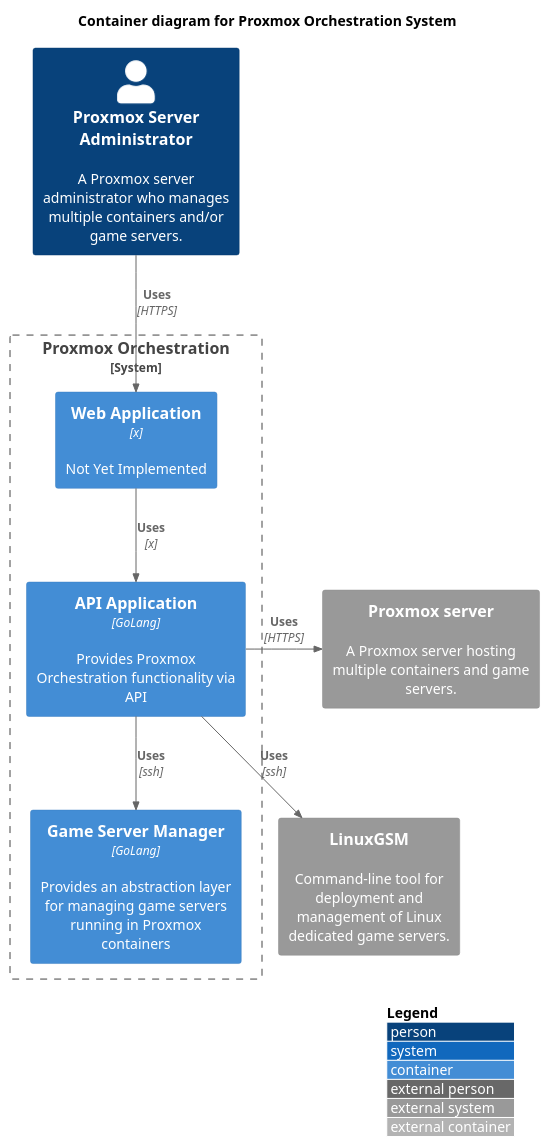
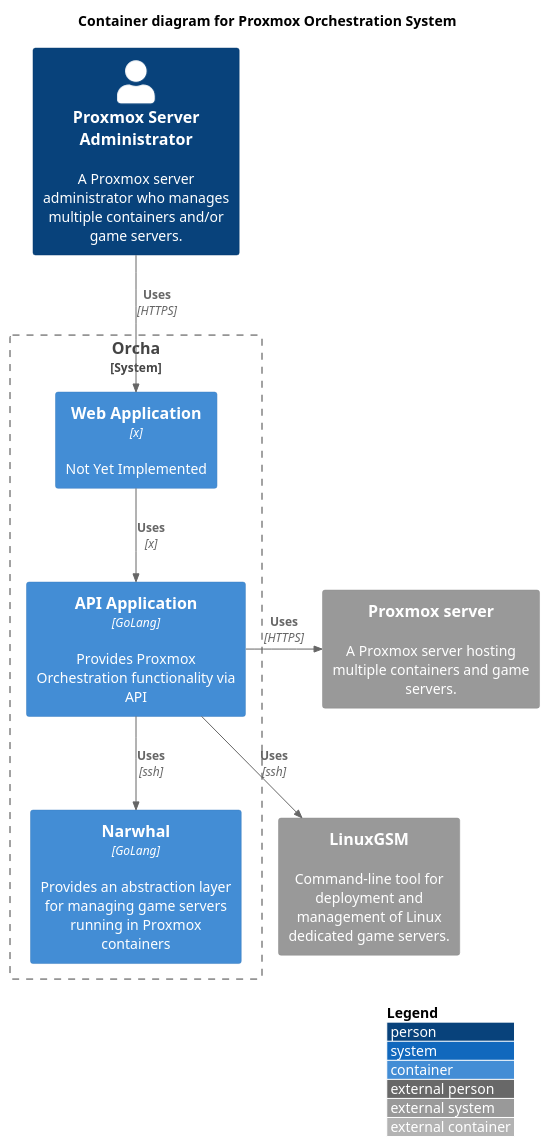
The diagram in docs/architecture/c2-container.puml (BrunoBiz/Go-PM-API), drawn with PlantUML before and after one commit. The commit also changed 15 other files, not shown here.

```diff
--- a/docs/architecture/c2-container.puml
+++ b/docs/architecture/c2-container.puml
@@ -1,24 +1,24 @@
 @startuml c2
 !include https://raw.githubusercontent.com/plantuml-stdlib/C4-PlantUML/master/C4_Container.puml
 LAYOUT_WITH_LEGEND()
 'Ald+D to preview
 title Container diagram for Proxmox Orchestration System
 
 Person(serverAdm, "Proxmox Server Administrator", "A Proxmox server administrator who manages multiple containers and/or game servers.")
 
-System_Boundary(c1, "Proxmox Orchestration") {
+System_Boundary(c1, "Orcha") {
     Container(web_app, "Web Application", "x", "Not Yet Implemented")
-    Container(go_pm_API, "API Application", "GoLang", "Provides Proxmox Orchestration functionality via API")
-    Container(gsm, "Game Server Manager", "GoLang", "Provides an abstraction layer for managing game servers running in Proxmox containers")
+    Container(orcha, "API Application", "GoLang", "Provides Proxmox Orchestration functionality via API")
+    Container(narwhal, "Narwhal", "GoLang", "Provides an abstraction layer for managing game servers running in Proxmox containers")
 }
 
 System_Ext(linux_gsm, "LinuxGSM", "Command-line tool for deployment and management of Linux dedicated game servers.")
 System_Ext(proxmox_server, "Proxmox server", "A Proxmox server hosting multiple containers and game servers.")
 
 Rel(serverAdm, web_app, "Uses", "HTTPS")
-Rel(web_app, go_pm_API, "Uses", "x")
+Rel(web_app, orcha, "Uses", "x")
 
-Rel_Neighbor(go_pm_API, proxmox_server, "Uses", "HTTPS")
-Rel(go_pm_API, gsm, "Uses", "ssh")
-Rel(go_pm_API, linux_gsm, "Uses", "ssh")
+Rel_Neighbor(orcha, proxmox_server, "Uses", "HTTPS")
+Rel(orcha, narwhal, "Uses", "ssh")
+Rel(orcha, linux_gsm, "Uses", "ssh")
 @enduml
```
